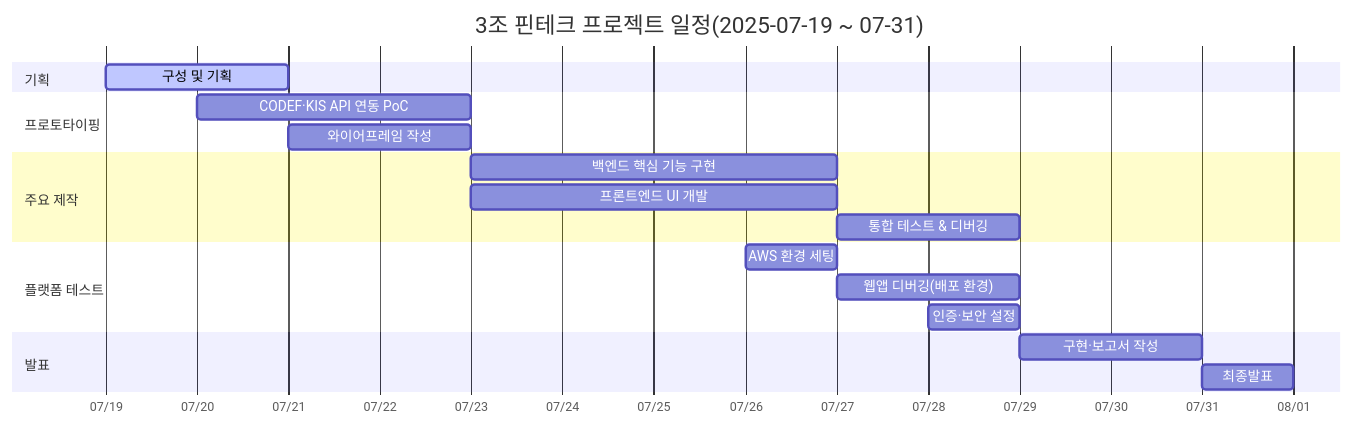
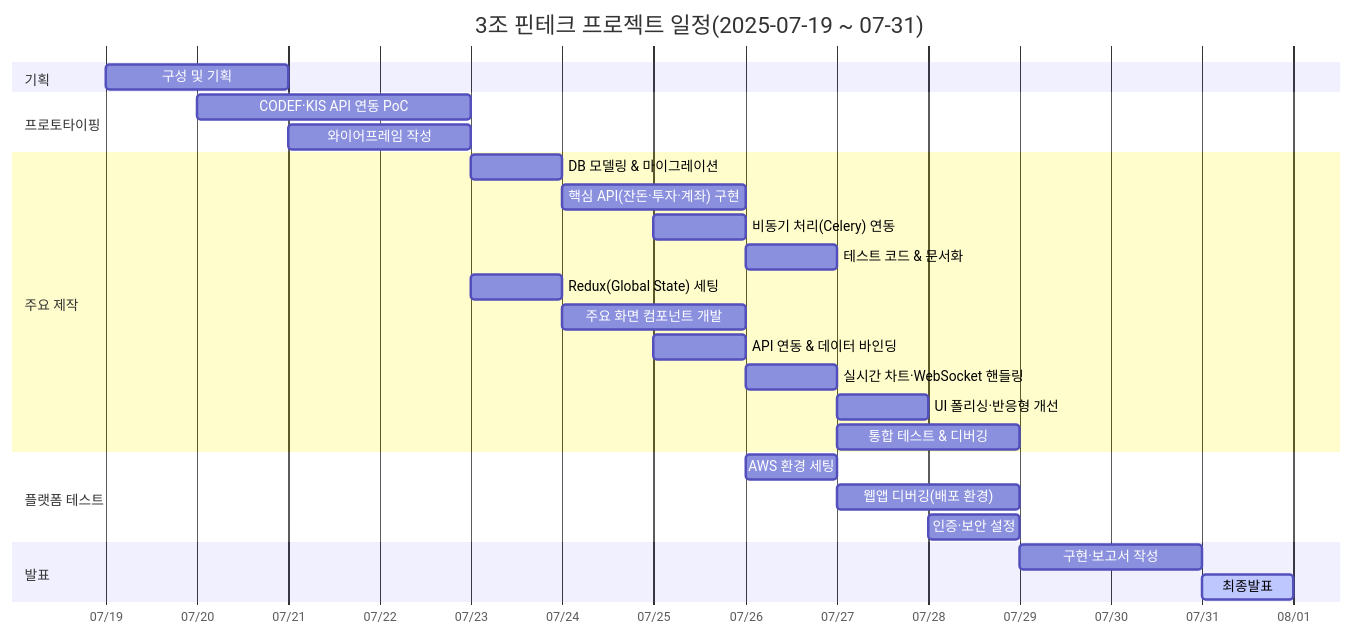
Before and after one commit to dodni-dode/Temps: the second of 2 diagrams in README.md, drawn with Mermaid. The commit also changed other lines of this file, not shown here.

````diff
--- a/README.md
+++ b/README.md
@@ -5,33 +39,43 @@
 ```mermaid
 gantt
     title 3조 핀테크 프로젝트 일정(2025-07-19 ~ 07-31)
     dateFormat  YYYY-MM-DD
     axisFormat  %m/%d
 
     %% ───────────── 기획 ─────────────
     section 기획
-    구성 및 기획               :active, 2025-07-19, 2d
+    구성 및 기획                       :2025-07-19, 2d
 
     %% ────────── 프로토타이핑 ─────────
     section 프로토타이핑
-    CODEF·KIS API 연동 PoC      :2025-07-20, 3d
-    와이어프레임 작성           :2025-07-21, 2d
+    CODEF·KIS API 연동 PoC              :2025-07-20, 3d
+    와이어프레임 작성                   :2025-07-21, 2d
 
     %% ──────────── 주요 제작 ───────────
     section 주요 제작
-    백엔드 핵심 기능 구현       :2025-07-23, 4d
-    프론트엔드 UI 개발          :2025-07-23, 4d
-    통합 테스트 & 디버깅        :2025-07-27, 2d
+    %% 백엔드 세부 작업
+    DB 모델링 & 마이그레이션            :2025-07-23, 1d
+    핵심 API(잔돈·투자·계좌) 구현        :2025-07-24, 2d
+    비동기 처리(Celery) 연동            :2025-07-25, 1d
+    테스트 코드 & 문서화                :2025-07-26, 1d
+
+    %% 프론트엔드 세부 작업
+    Redux(Global State) 세팅            :2025-07-23, 1d
+    주요 화면 컴포넌트 개발             :2025-07-24, 2d
+    API 연동 & 데이터 바인딩            :2025-07-25, 1d
+    실시간 차트·WebSocket 핸들링        :2025-07-26, 1d
+    UI 폴리싱·반응형 개선               :2025-07-27, 1d
+
+    통합 테스트 & 디버깅                :2025-07-27, 2d
 
     %% ───────── 플랫폼 테스트 ─────────
     section 플랫폼 테스트
-    AWS 환경 세팅               :2025-07-26, 1d
-    웹앱 디버깅(배포 환경)      :2025-07-27, 2d
-    인증·보안 설정              :2025-07-28, 1d
+    AWS 환경 세팅                       :2025-07-26, 1d
+    웹앱 디버깅(배포 환경)              :2025-07-27, 2d
+    인증·보안 설정                      :2025-07-28, 1d
 
     %% ───────────── 발표 ─────────────
     section 발표
-    구현·보고서 작성            :2025-07-29, 2d
-    최종발표                   :2025-07-31, 1d
-
+    구현·보고서 작성                    :2025-07-29, 2d
+    최종발표                           :active, 2025-07-31, 1d
 ```
````
